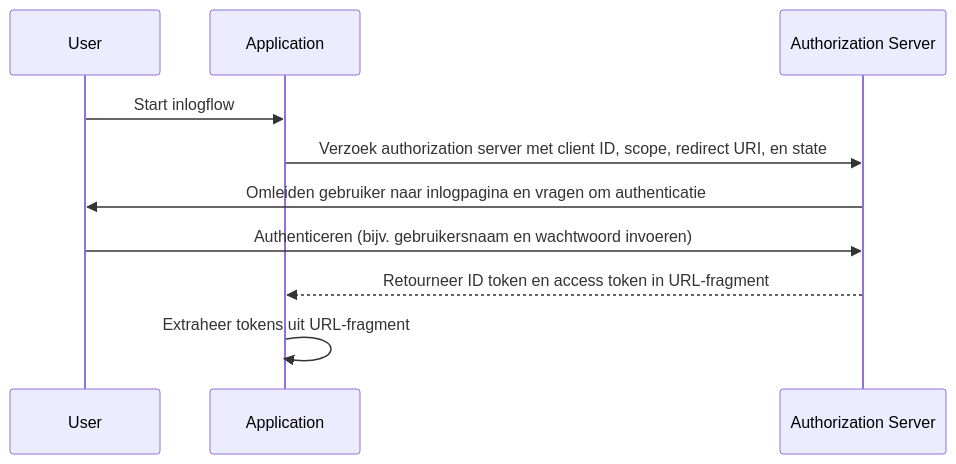
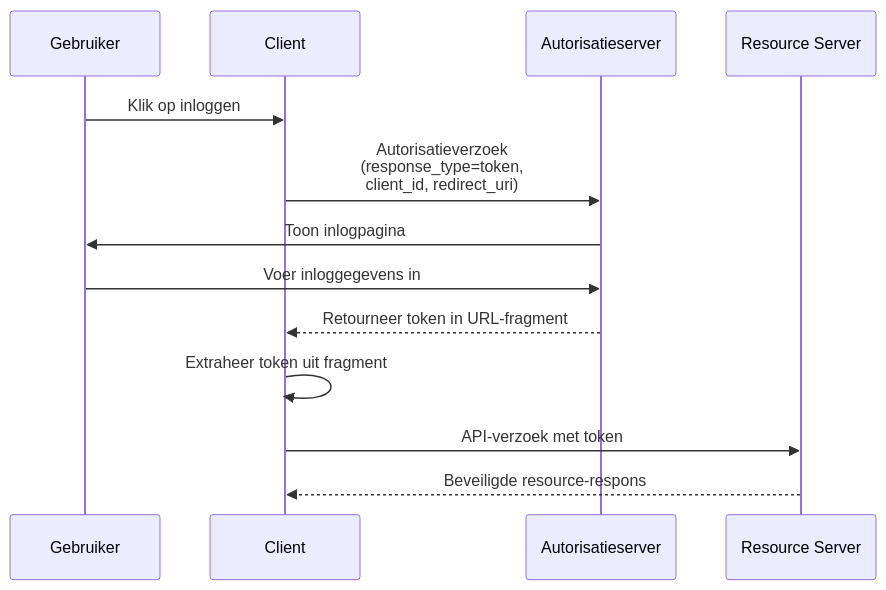
One commit to logto-io/auth-wiki changed the diagram in src/content/terms/nl/implicit-flow.mdx. Above: the diagram before and after it, drawn with Mermaid. The commit also changed other lines of this file and 95 other files, not shown here.

````diff
--- a/src/content/terms/nl/implicit-flow.mdx
+++ b/src/content/terms/nl/implicit-flow.mdx
@@ -20,12 +19,16 @@
 ```mermaid
 sequenceDiagram
-participant User
-participant Application
-participant Authorization Server
-User->>Application: Start inlogflow
-Application->>Authorization Server: Verzoek authorization server met client ID, scope, redirect URI, en state
-Authorization Server->>User: Omleiden gebruiker naar inlogpagina en vragen om authenticatie
-User->>Authorization Server: Authenticeren (bijv. gebruikersnaam en wachtwoord invoeren)
-Authorization Server -->>Application: Retourneer ID token en access token in URL-fragment
-Application->>Application: Extraheer tokens uit URL-fragment
+  participant U as Gebruiker
+  participant C as Client
+  participant AS as Autorisatieserver
+  participant RS as Resource Server
+
+  U->>C: Klik op inloggen
+  C->>AS: Autorisatieverzoek<br/>(response_type=token,<br/>client_id, redirect_uri)
+  AS->>U: Toon inlogpagina
+  U->>AS: Voer inloggegevens in
+  AS-->>C: Retourneer token in URL-fragment
+  C->>C: Extraheer token uit fragment
+  C->>RS: API-verzoek met token
+  RS-->>C: Beveiligde resource-respons
 ```
````
